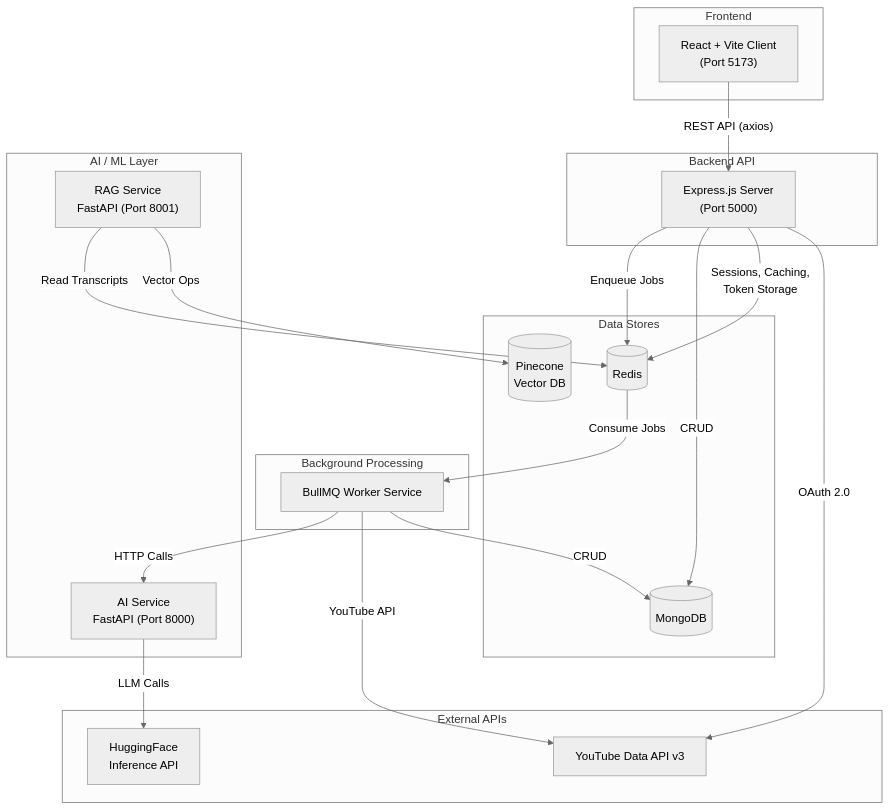
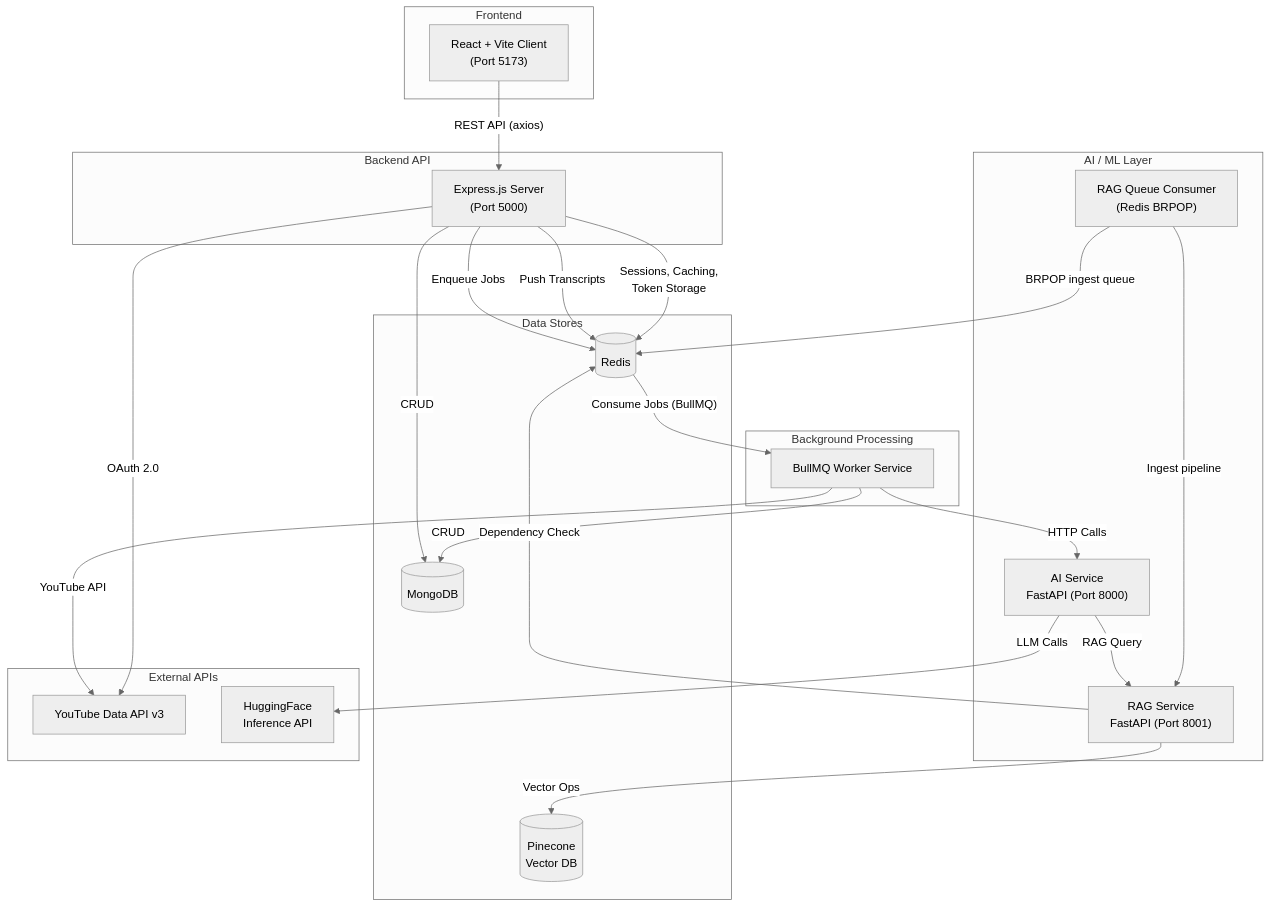
Before and after one commit to ashutosh2652/ReplyPilot: the first of 8 diagrams in ARCHITECTURE.md, drawn with Mermaid (neutral theme). The commit also changed other lines of this file and 2 other files, not shown here.

Commit message:
update README with detailed architecture, service-specific environment configurations, and project structure documentation

````diff
--- a/ARCHITECTURE.md
+++ b/ARCHITECTURE.md
@@ -11,43 +11,48 @@
 ```mermaid
 graph TB
     subgraph "Frontend"
         CLIENT["React + Vite Client<br/>(Port 5173)"]
     end
 
     subgraph "Backend API"
         SERVER["Express.js Server<br/>(Port 5000)"]
     end
 
     subgraph "Background Processing"
         WORKER["BullMQ Worker Service"]
     end
 
     subgraph "AI / ML Layer"
         AI["AI Service<br/>FastAPI (Port 8000)"]
         RAG["RAG Service<br/>FastAPI (Port 8001)"]
+        RAGWORKER["RAG Queue Consumer<br/>(Redis BRPOP)"]
     end
 
     subgraph "Data Stores"
         MONGO[(MongoDB)]
         REDIS[(Redis)]
         PINECONE[(Pinecone<br/>Vector DB)]
     end
 
     subgraph "External APIs"
         YT["YouTube Data API v3"]
         HF["HuggingFace<br/>Inference API"]
     end
 
     CLIENT -->|"REST API (axios)"| SERVER
     SERVER -->|"Enqueue Jobs"| REDIS
-    REDIS -->|"Consume Jobs"| WORKER
+    REDIS -->|"Consume Jobs (BullMQ)"| WORKER
     WORKER -->|"HTTP Calls"| AI
     WORKER -->|"YouTube API"| YT
     SERVER -->|"CRUD"| MONGO
     WORKER -->|"CRUD"| MONGO
     AI -->|"LLM Calls"| HF
-    RAG -->|"Read Transcripts"| REDIS
+    AI -->|"RAG Query"| RAG
+    RAG -->|"Dependency Check"| REDIS
     RAG -->|"Vector Ops"| PINECONE
+    SERVER -->|"Push Transcripts"| REDIS
+    RAGWORKER -->|"BRPOP ingest queue"| REDIS
+    RAGWORKER -->|"Ingest pipeline"| RAG
     SERVER -->|"Sessions, Caching,<br/>Token Storage"| REDIS
     SERVER -->|"OAuth 2.0"| YT
 ```
````
